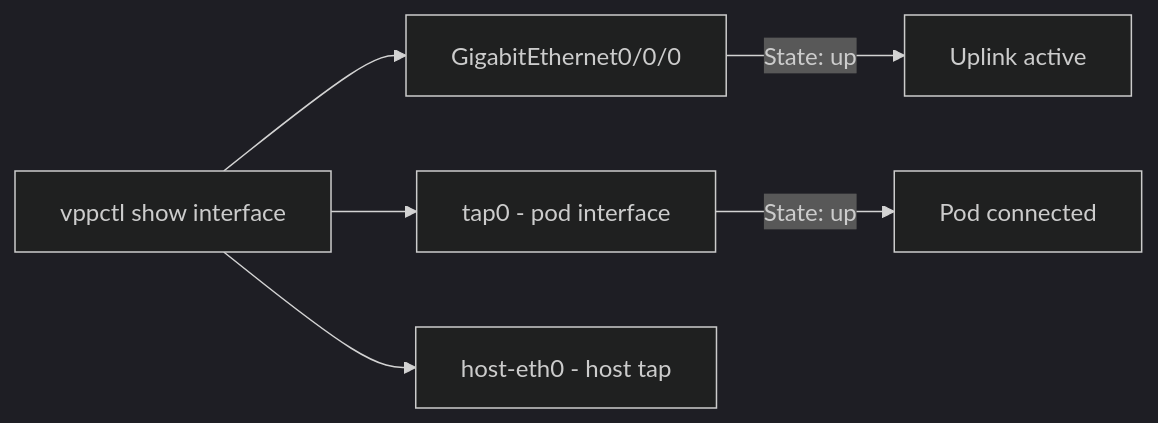
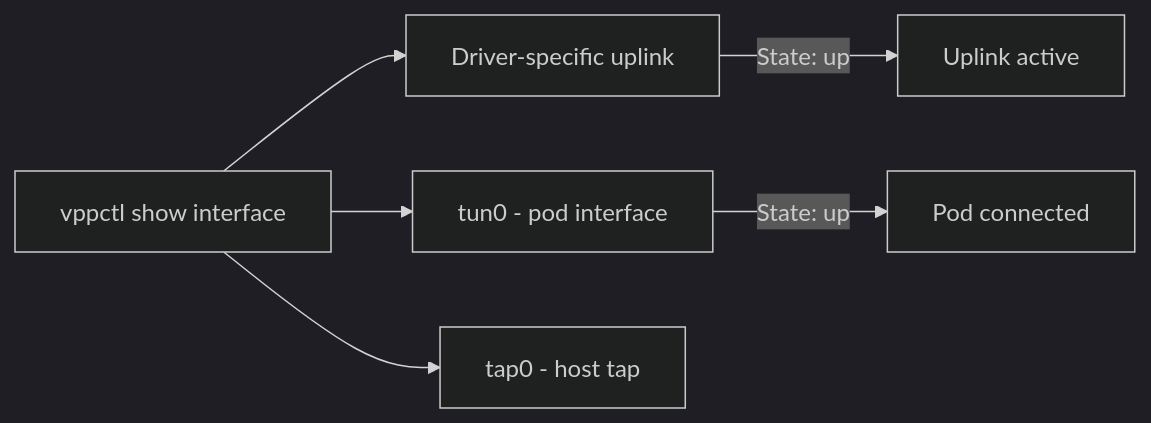
One commit to OneUptime/blog changed the diagram in posts/2026-03-13-validate-calico-vpp-host-networking/README.md. Above: the diagram before and after it, drawn with Mermaid (dark theme). The commit also changed other lines of this file and 2 other files, not shown here.

Commit message:
validate: 2026-03-13-validate-calico-vpp-host-networking

````diff
--- a/posts/2026-03-13-validate-calico-vpp-host-networking/README.md
+++ b/posts/2026-03-13-validate-calico-vpp-host-networking/README.md
@@ -47,8 +48,8 @@
 ```mermaid
 graph LR
-    A[vppctl show interface] --> B[GigabitEthernet0/0/0]
-    A --> C[tap0 - pod interface]
-    A --> D[host-eth0 - host tap]
+    A[vppctl show interface] --> B[Driver-specific uplink]
+    A --> C[tun0 - pod interface]
+    A --> D[tap0 - host tap]
     B -->|State: up| E[Uplink active]
     C -->|State: up| F[Pod connected]
 ```
````
